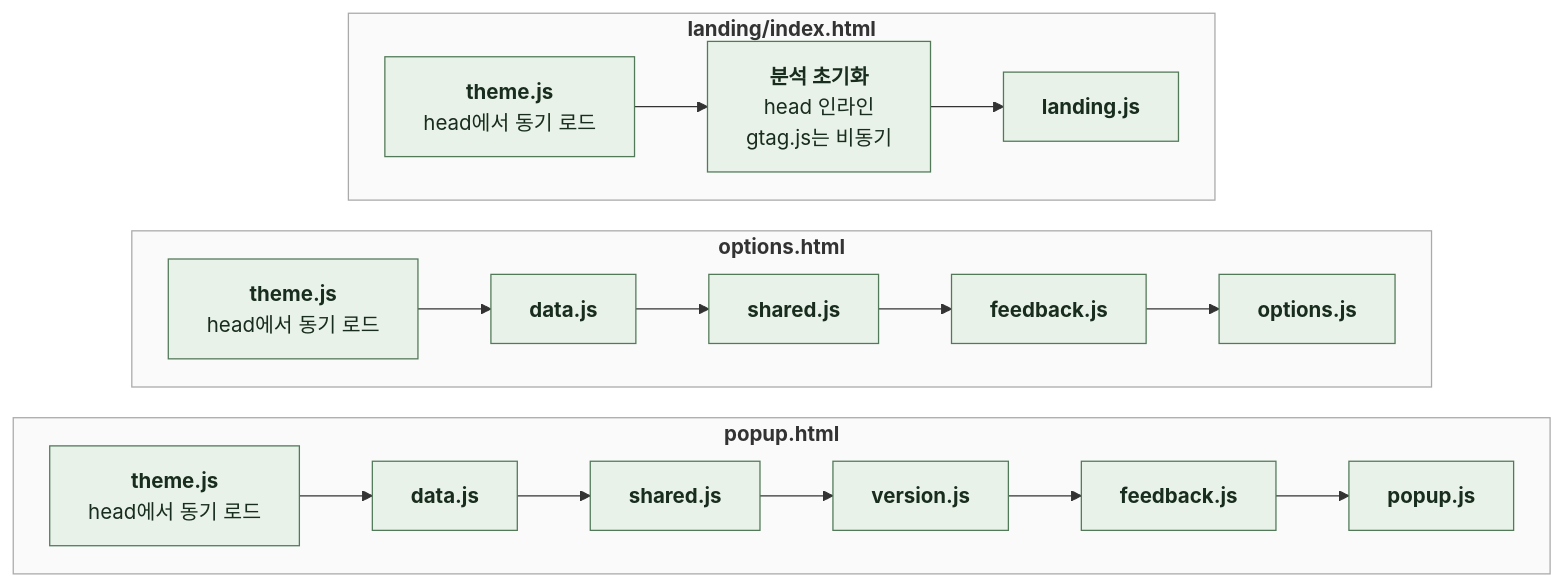
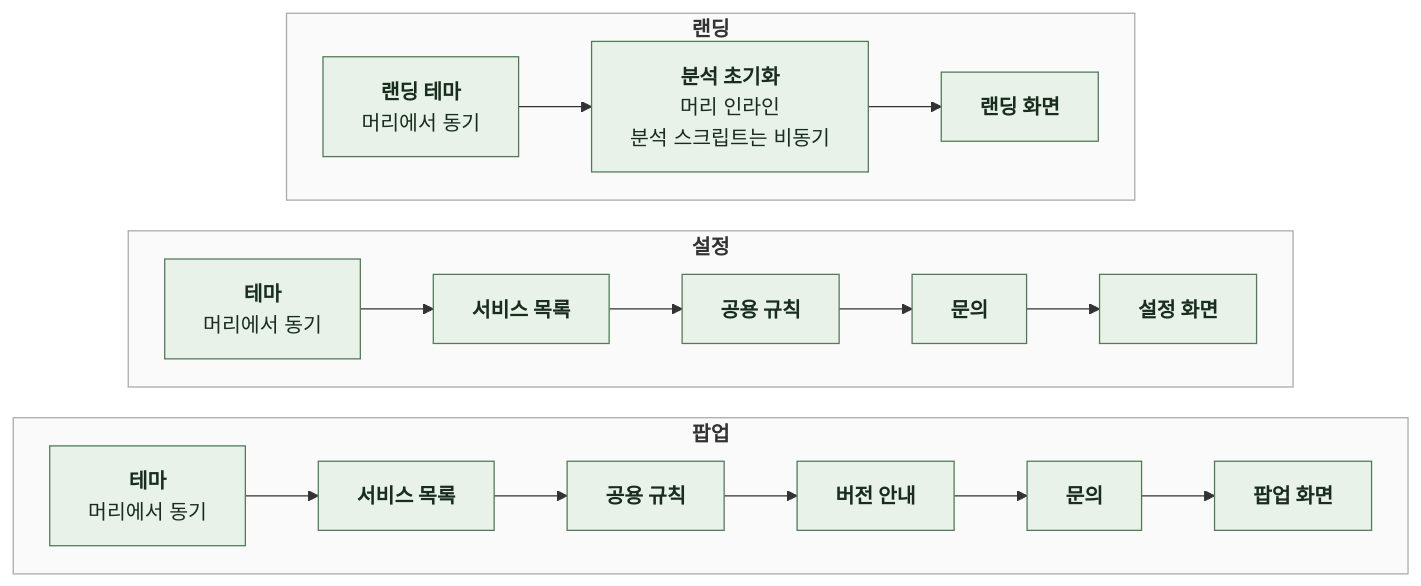
One commit to kangkyunghyun/LinKHU changed the second of 2 diagrams in docs/spec/4-4-SOFTWARE-ARCHITECTURE.md. Above: the diagram before and after it, drawn with Mermaid. The commit also changed other lines of this file and 23 other files, not shown here.

````diff
--- a/docs/spec/4-4-SOFTWARE-ARCHITECTURE.md
+++ b/docs/spec/4-4-SOFTWARE-ARCHITECTURE.md
@@ -120,26 +128,26 @@
 ```mermaid
 %%{init: {"flowchart": {"curve": "basis", "nodeSpacing": 24, "rankSpacing": 32}}}%%
 flowchart LR
-    subgraph P["`**popup.html**`"]
+    subgraph P["`**팝업**`"]
         direction LR
-        P0["`**theme.js**
-head에서 동기 로드`"] --> P1["`**data.js**`"] --> P2["`**shared.js**`"] --> P3["`**version.js**`"] --> P4["`**feedback.js**`"] --> P5["`**popup.js**`"]
+        P0["`**테마**
+머리에서 동기`"] --> P1["`**서비스 목록**`"] --> P2["`**공용 규칙**`"] --> P3["`**버전 안내**`"] --> P4["`**문의**`"] --> P5["`**팝업 화면**`"]
     end
-    subgraph O["`**options.html**`"]
+    subgraph O["`**설정**`"]
         direction LR
-        O0["`**theme.js**
-head에서 동기 로드`"] --> O1["`**data.js**`"] --> O2["`**shared.js**`"] --> O3["`**feedback.js**`"] --> O4["`**options.js**`"]
+        O0["`**테마**
+머리에서 동기`"] --> O1["`**서비스 목록**`"] --> O2["`**공용 규칙**`"] --> O3["`**문의**`"] --> O4["`**설정 화면**`"]
     end
-    subgraph L["`**landing/index.html**`"]
+    subgraph L["`**랜딩**`"]
         direction LR
-        L0["`**theme.js**
-head에서 동기 로드`"] --> L2["`**분석 초기화**
-head 인라인
-gtag.js는 비동기`"] --> L1["`**landing.js**`"]
+        L0["`**랜딩 테마**
+머리에서 동기`"] --> L2["`**분석 초기화**
+머리 인라인
+분석 스크립트는 비동기`"] --> L1["`**랜딩 화면**`"]
     end
     classDef comp fill:#E8F2E8,stroke:#527A59,color:#182D1D
     class P0,P1,P2,P3,P4,P5,O0,O1,O2,O3,O4,L0,L1,L2 comp
     style P fill:#FAFAFA,stroke:#AAAAAA
     style O fill:#FAFAFA,stroke:#AAAAAA
     style L fill:#FAFAFA,stroke:#AAAAAA
 ```
````
